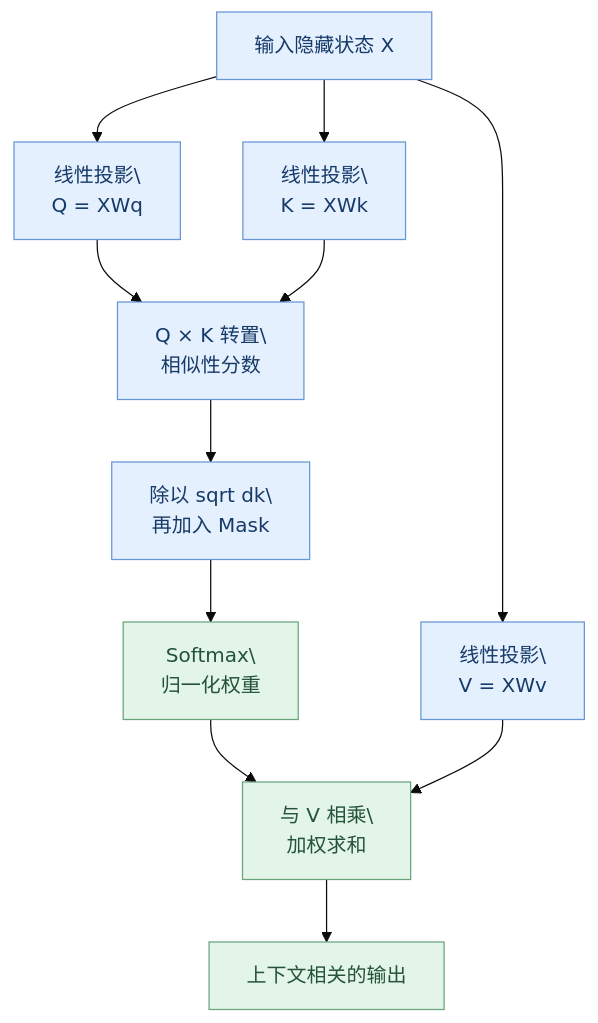
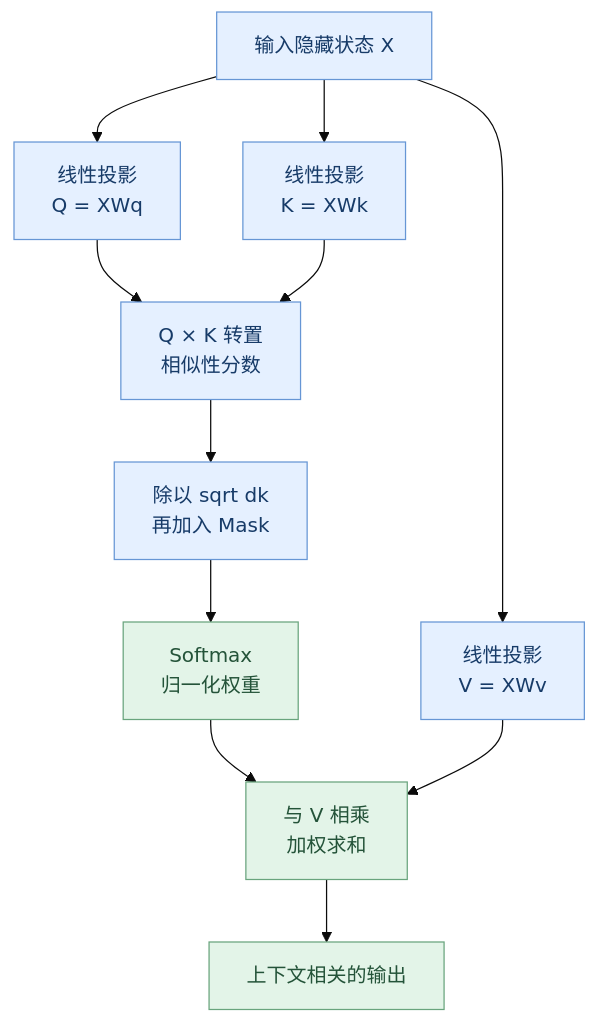
One commit to shufu151/Agent-Engineering-Handbook changed the third of 6 diagrams in 01-LLM-Fundamentals/01-Transformer.md. Above: the diagram before and after it, drawn with Mermaid (base theme). The commit also changed other lines of this file, not shown here.

````diff
--- a/01-LLM-Fundamentals/01-Transformer.md
+++ b/01-LLM-Fundamentals/01-Transformer.md
@@ -187,33 +165,31 @@
 ```mermaid
-
 flowchart TD
 
-    X[输入隐藏状态 X] --> Q[线性投影\<br/>Q = XWq]
+    X[输入隐藏状态 X] --> Q[线性投影<br/>Q = XWq]
 
-    X --> K[线性投影\<br/>K = XWk]
+    X --> K[线性投影<br/>K = XWk]
 
-    X --> V[线性投影\<br/>V = XWv]
+    X --> V[线性投影<br/>V = XWv]
 
-    Q --> SCORE[Q × K 转置\<br/>相似性分数]
+    Q --> SCORE[Q × K 转置<br/>相似性分数]
 
-    K --> SCORE
+    K --> SCORE
 
-    SCORE --> SCALE[除以 sqrt dk\<br/>再加入 Mask]
+    SCORE --> SCALE[除以 sqrt dk<br/>再加入 Mask]
 
-    SCALE --> SM[Softmax\<br/>归一化权重]
+    SCALE --> SM[Softmax<br/>归一化权重]
 
-    SM --> SUM[与 V 相乘\<br/>加权求和]
+    SM --> SUM[与 V 相乘<br/>加权求和]
 
-    V --> SUM
+    V --> SUM
 
-    SUM --> Y[上下文相关的输出]
+    SUM --> Y[上下文相关的输出]
 
-    classDef blue fill:#e5f0ff,stroke:#6696d5,color:#173b68;
+    classDef blue fill:#e5f0ff,stroke:#6696d5,color:#173b68;
 
-    classDef green fill:#e3f4e8,stroke:#69a47d,color:#245339;
+    classDef green fill:#e3f4e8,stroke:#69a47d,color:#245339;
 
-    class X,Q,K,V,SCORE,SCALE blue;
+    class X,Q,K,V,SCORE,SCALE blue;
 
-    class SM,SUM,Y green;
-
+    class SM,SUM,Y green;
 ```
````
